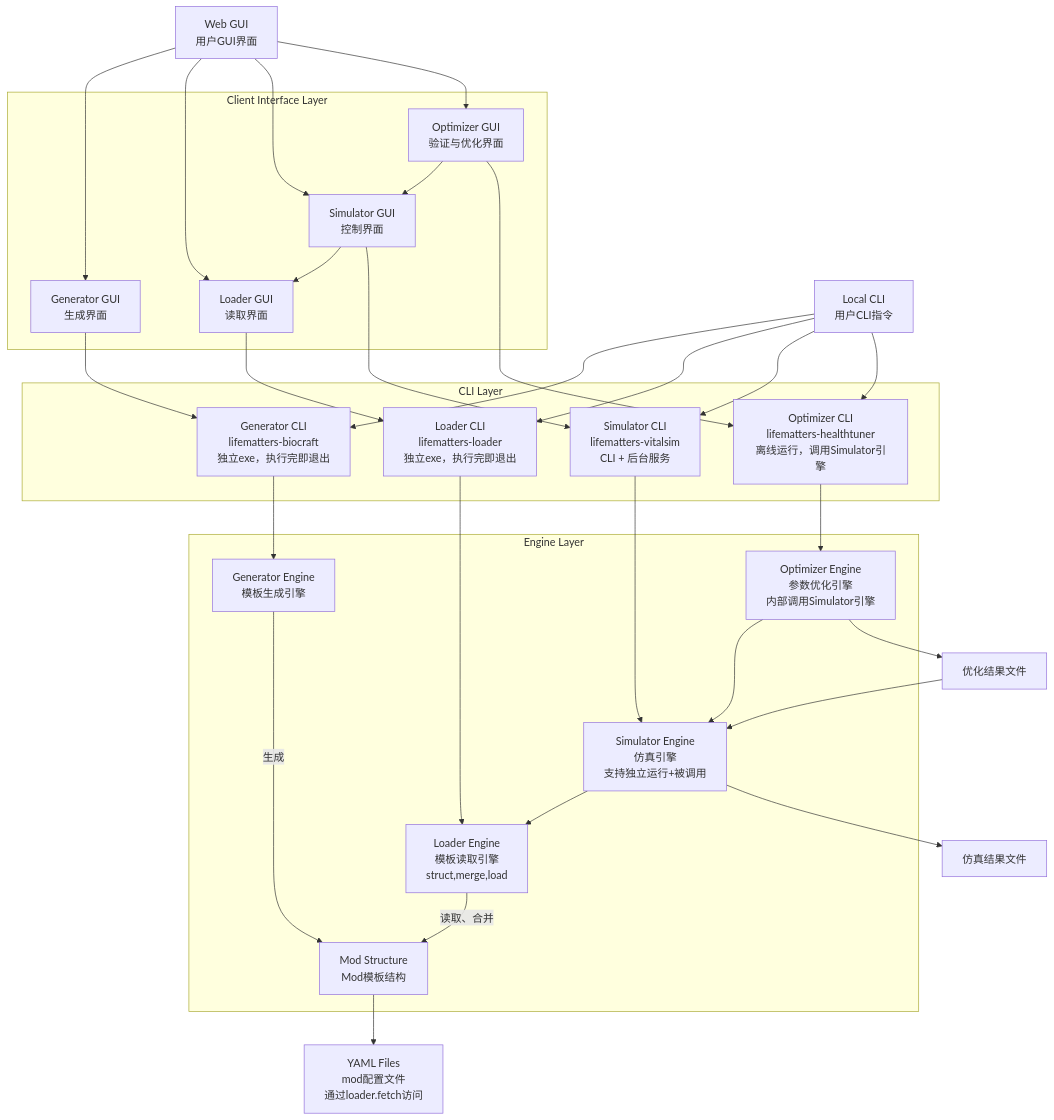
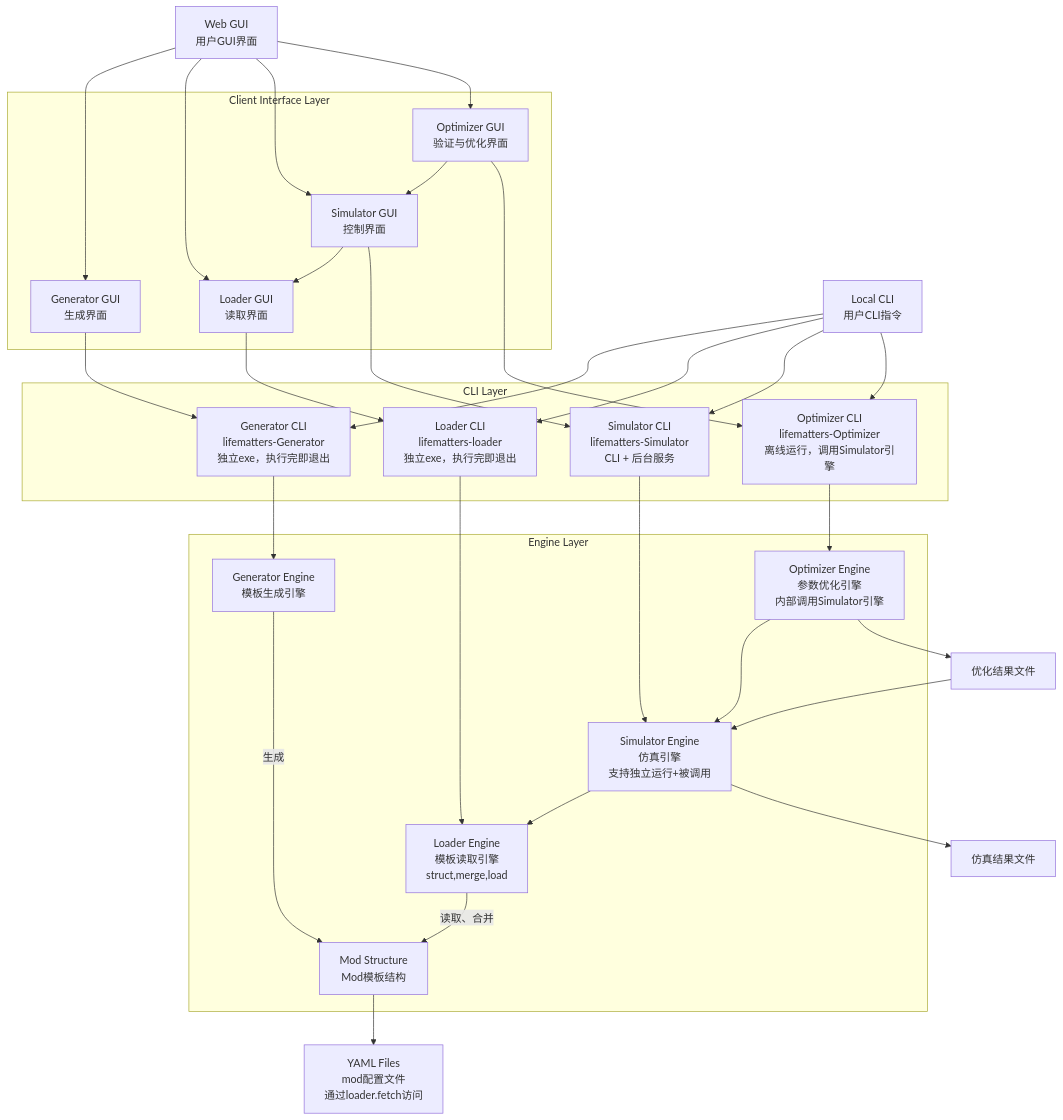
The second of 2 diagrams in docs/architecture.md (shenfan19/life-matters-models), drawn with Mermaid before and after one commit.

````diff
--- a/docs/architecture.md
+++ b/docs/architecture.md
@@ -73,69 +73,69 @@
 ```mermaid
 graph TD
     GUI[Web GUI<br/>用户GUI界面]
     CLI[Local CLI<br/>用户CLI指令]
 
     subgraph "Client Interface Layer"
         GUI_B[Generator GUI<br/>生成界面]
         GUI_H[Optimizer GUI<br/>验证与优化界面]
         GUI_V[Simulator GUI<br/>控制界面]
         GUI_L[Loader GUI<br/>读取界面]
     end
 
     subgraph "CLI Layer"
         CLI_L[Loader CLI<br/>lifematters-loader<br/>独立exe，执行完即退出]
-        CLI_B[Generator CLI<br/>lifematters-biocraft<br/>独立exe，执行完即退出]
-        CLI_V[Simulator CLI<br/>lifematters-vitalsim<br/>CLI + 后台服务]
-        CLI_H[Optimizer CLI<br/>lifematters-healthtuner<br/>离线运行，调用Simulator引擎]
+        CLI_B[Generator CLI<br/>lifematters-Generator<br/>独立exe，执行完即退出]
+        CLI_V[Simulator CLI<br/>lifematters-Simulator<br/>CLI + 后台服务]
+        CLI_H[Optimizer CLI<br/>lifematters-Optimizer<br/>离线运行，调用Simulator引擎]
     end
     
     subgraph "Engine Layer"
         ENG_B[Generator Engine<br/>模板生成引擎]
         ENG_H[Optimizer Engine<br/>参数优化引擎<br/>内部调用Simulator引擎]
         ENG_V[Simulator Engine<br/>仿真引擎<br/>支持独立运行+被调用]
         ENG_L[Loader Engine<br/>模板读取引擎<br/>struct,merge,load]
         MOD[Mod Structure<br/>Mod模板结构]
     end
 
     %% subgraph "Storage Layer"
         FILE_V[仿真结果文件]
         FILE_H[优化结果文件]
         YAML[YAML Files<br/>mod配置文件<br/>通过loader.fetch访问]
     %% end
     
     GUI_H --> GUI_V --> GUI_L
     CLI --> CLI_B
     CLI --> CLI_L
     CLI --> CLI_V
     CLI --> CLI_H
 
     GUI --> GUI_B --> CLI_B --> ENG_B
     GUI --> GUI_L --> CLI_L --> ENG_L
     GUI --> GUI_V --> CLI_V --> ENG_V
     GUI --> GUI_H --> CLI_H --> ENG_H --> ENG_V
 
     ENG_B --> |生成| MOD
     ENG_V --> ENG_L
     ENG_L --> |读取、合并| MOD
 
     MOD --> YAML
 
     ENG_V --> FILE_V
     ENG_H --> FILE_H
     FILE_H --> ENG_V
     
     %% ENG_H --> PP{{NS论文}} --> CONNECT{{联系国外学者}} --> OUT{{国外工作}}
     %% PP --> GZ{{国自然申请}} --> SYSU{{中大转正}}
 
     %% %% 样式定义
     classDef CSS_B fill:#0000c9
     classDef CSS_V fill:#00ae00
     classDef CSS_H fill:#d100e9
     classDef CSS_C fill:#b20000
     
     %% %% 应用样式
     %% class GUI_B,CLI_B,ENG_B CSS_B
     %% class GUI_H,CLI_H CSS_H
     %% class GUI_V,CLI_V,ENG_V,GUI_L,CLI_L,ENG_L CSS_V
     %% class ENG_H CSS_C
 ```
````
